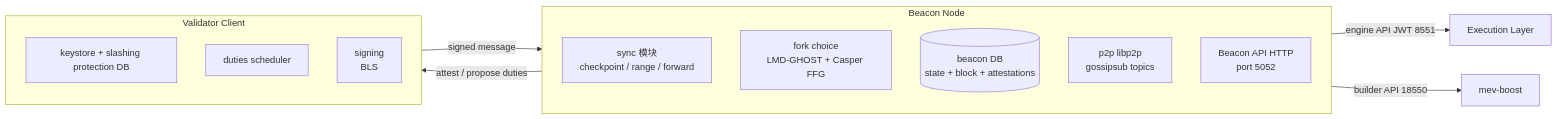
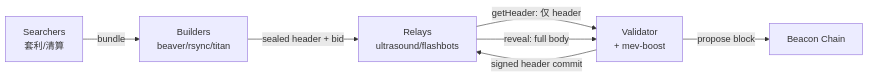
The sixth of 30 diagrams in web3-engineer-guide/11-基础设施与工具/README.md (ChuwuYo/misc-files), drawn with Mermaid before and after one commit. The commit also changed other lines of this file and 211 other files, not shown here.

````diff
--- a/web3-engineer-guide/11-基础设施与工具/README.md
+++ b/web3-engineer-guide/11-基础设施与工具/README.md
@@ -233,19 +262,9 @@
 ```mermaid
 flowchart LR
-    subgraph BN["Beacon Node"]
-        Sync[sync 模块<br/>checkpoint / range / forward]
-        Fork[fork choice<br/>LMD-GHOST + Casper FFG]
-        DB[(beacon DB<br/>state + block + attestations)]
-        P2P[p2p libp2p<br/>gossipsub topics]
-        API[Beacon API HTTP<br/>port 5052]
-    end
-    subgraph VC["Validator Client"]
-        Keys[keystore + slashing protection DB]
-        Duties[duties scheduler]
-        Sign[signing<br/>BLS]
-    end
-    BN -->|attest / propose duties| VC
-    VC -->|signed message| BN
-    BN -->|engine API JWT 8551| EL[Execution Layer]
-    BN -->|builder API 18550| MevBoost[mev-boost]
+    S[Searchers<br/>套利/清算] -->|bundle| B[Builders<br/>beaver/rsync/titan]
+    B -->|sealed header + bid| R[Relays<br/>ultrasound/flashbots]
+    R -->|getHeader: 仅 header| V[Validator<br/>+ mev-boost]
+    V -->|signed header commit| R
+    R -->|reveal: full body| V
+    V -->|propose block| Chain[Beacon Chain]
 ```
````
